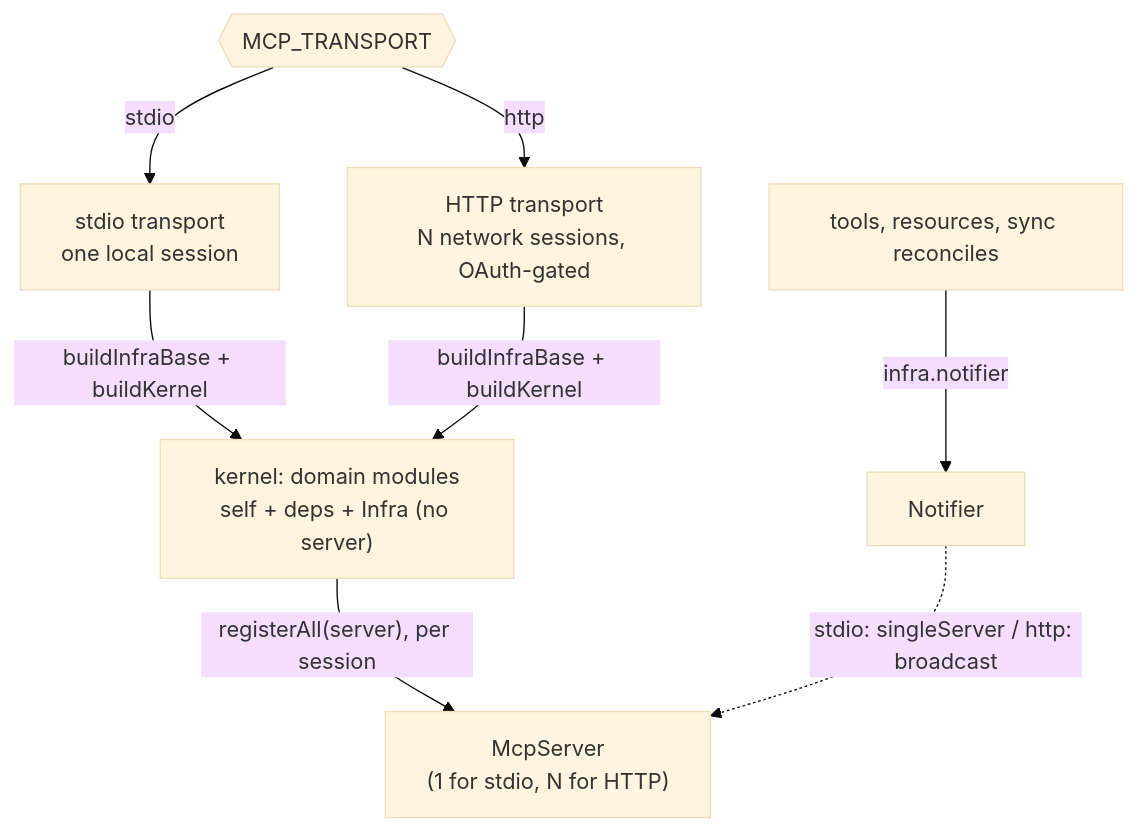
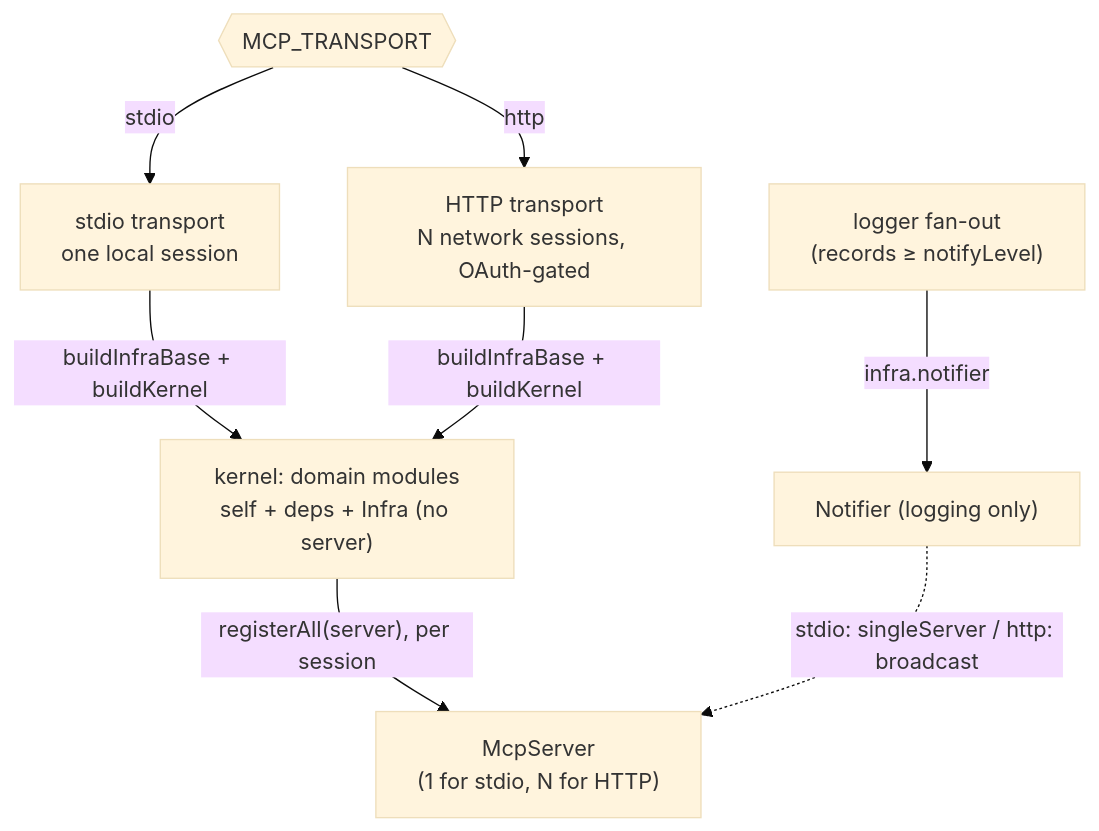
One commit to bojanrajkovic/mcp-paprika changed the first of 3 diagrams in docs/architecture.md. Above: the diagram before and after it, drawn with Mermaid (base theme). The commit also changed other lines of this file and 102 other files, not shown here.

````diff
--- a/docs/architecture.md
+++ b/docs/architecture.md
@@ -18,11 +18,11 @@
 ```mermaid
 flowchart TB
   T{{"MCP_TRANSPORT"}} -->|stdio| ST["stdio transport<br/>one local session"]
   T -->|http| HT["HTTP transport<br/>N network sessions, OAuth-gated"]
   ST -->|"buildInfraBase + buildKernel"| K
   HT -->|"buildInfraBase + buildKernel"| K
   K["kernel: domain modules<br/>self + deps + Infra (no server)"]
   K -->|"registerAll(server), per session"| SRV["McpServer<br/>(1 for stdio, N for HTTP)"]
-  MUT["tools, resources, sync reconciles"] -->|"infra.notifier"| N["Notifier"]
+  LOG["logger fan-out<br/>(records ≥ notifyLevel)"] -->|"infra.notifier"| N["Notifier (logging only)"]
   N -.->|"stdio: singleServer / http: broadcast"| SRV
 ```
````
